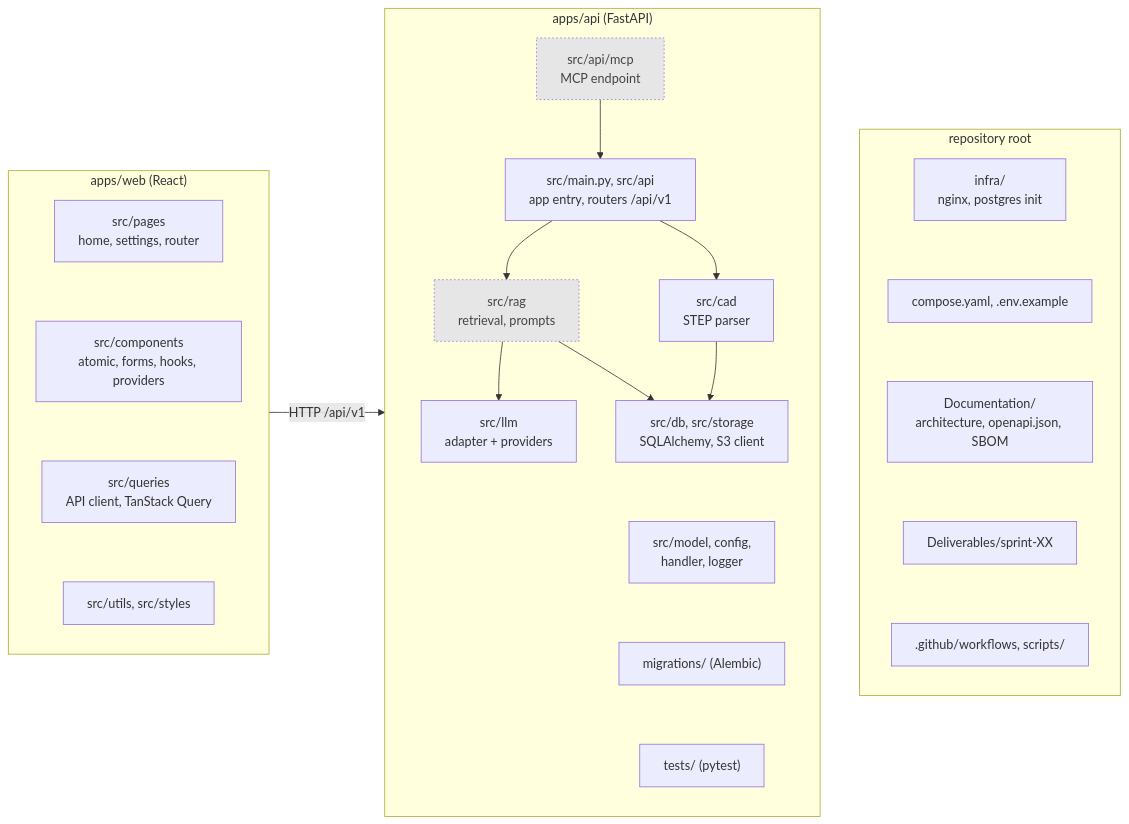
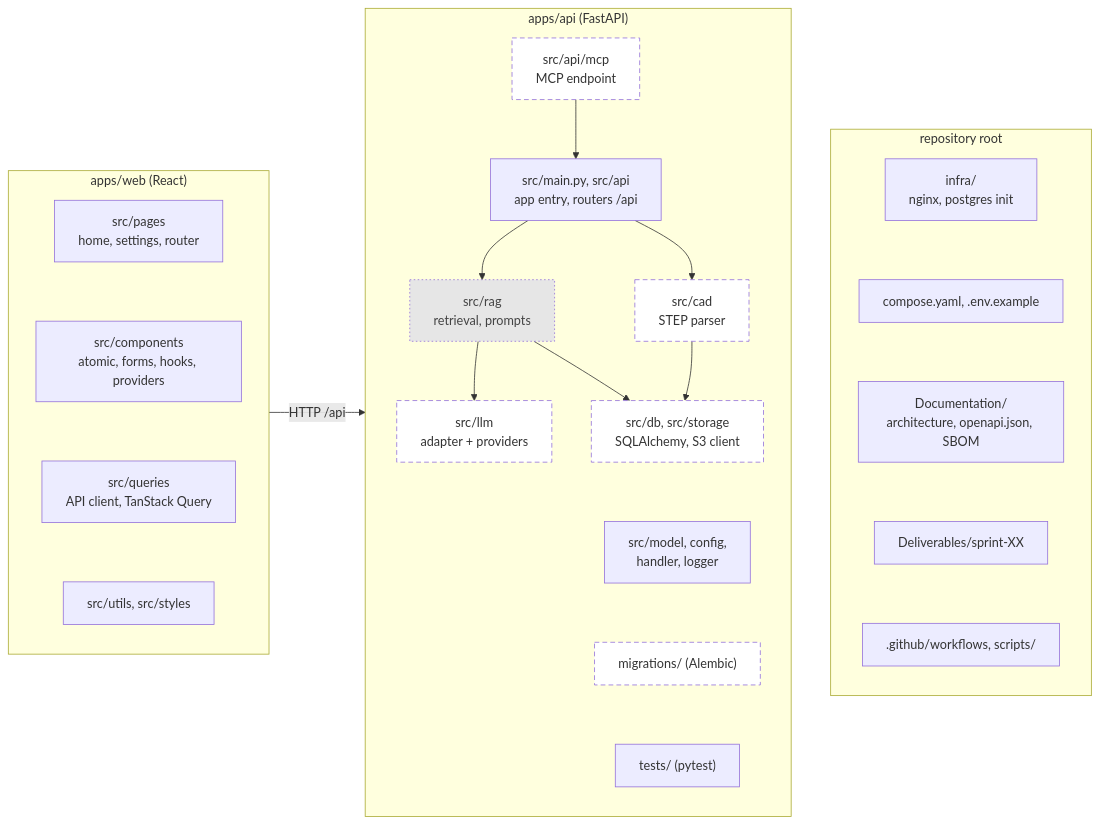
The second of 2 diagrams in Documentation/architecture/software-architecture.md (amosproj/amos2026ws02-engineering-knowledge-advisor), drawn with Mermaid before and after one commit. The commit also changed other lines of this file and 1 other file, not shown here.

Commit message:
feat: add software architecture PDF and update documentation structure

````diff
--- a/Documentation/architecture/software-architecture.md
+++ b/Documentation/architecture/software-architecture.md
@@ -74,47 +77,49 @@
 ```mermaid
 flowchart LR
     subgraph web["apps/web (React)"]
         direction TB
         wpages["src/pages<br/>home, settings, router"]
         wcomp["src/components<br/>atomic, forms, hooks, providers"]
         wq["src/queries<br/>API client, TanStack Query"]
         wutil["src/utils, src/styles"]
         wpages ~~~ wcomp ~~~ wq ~~~ wutil
     end
 
     subgraph api["apps/api (FastAPI)"]
         direction TB
-        arouter["src/main.py, src/api<br/>app entry, routers /api/v1"]
+        arouter["src/main.py, src/api<br/>app entry, routers /api"]
         amcp["src/api/mcp<br/>MCP endpoint"]
         acad["src/cad<br/>STEP parser"]
         arag["src/rag<br/>retrieval, prompts"]
         allm["src/llm<br/>adapter + providers"]
         adb["src/db, src/storage<br/>SQLAlchemy, S3 client"]
         abase["src/model, config,<br/>handler, logger"]
         amig["migrations/ (Alembic)"]
         atest["tests/ (pytest)"]
         arouter --> acad
         arouter --> arag
         amcp --> arouter
         arag --> allm
         arag --> adb
         acad --> adb
         adb ~~~ abase ~~~ amig ~~~ atest
     end
 
     subgraph root["repository root"]
         direction TB
         infra["infra/<br/>nginx, postgres init"]
         compose["compose.yaml, .env.example"]
         docs["Documentation/<br/>architecture, openapi.json, SBOM"]
         deliv["Deliverables/sprint-XX"]
         ci[".github/workflows, scripts/"]
         infra ~~~ compose ~~~ docs ~~~ deliv ~~~ ci
     end
 
-    web -- "HTTP /api/v1" --> api
+    web -- "HTTP /api" --> api
     api ~~~ root
 
+    classDef planned stroke-dasharray: 6 4,fill:#ffffff;
     classDef open stroke-dasharray: 2 3,fill:#e6e6e6,color:#444;
-    class amcp,arag open
+    class acad,allm,adb,amig,amcp planned
+    class arag open
 ```
````
